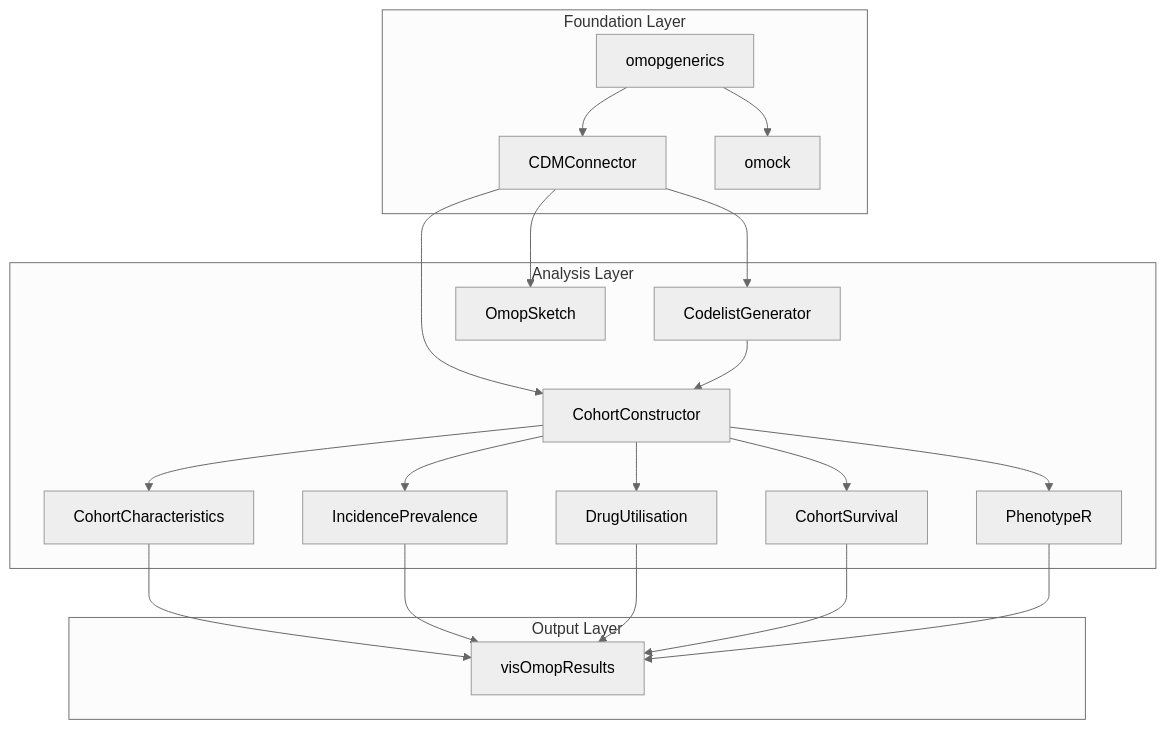
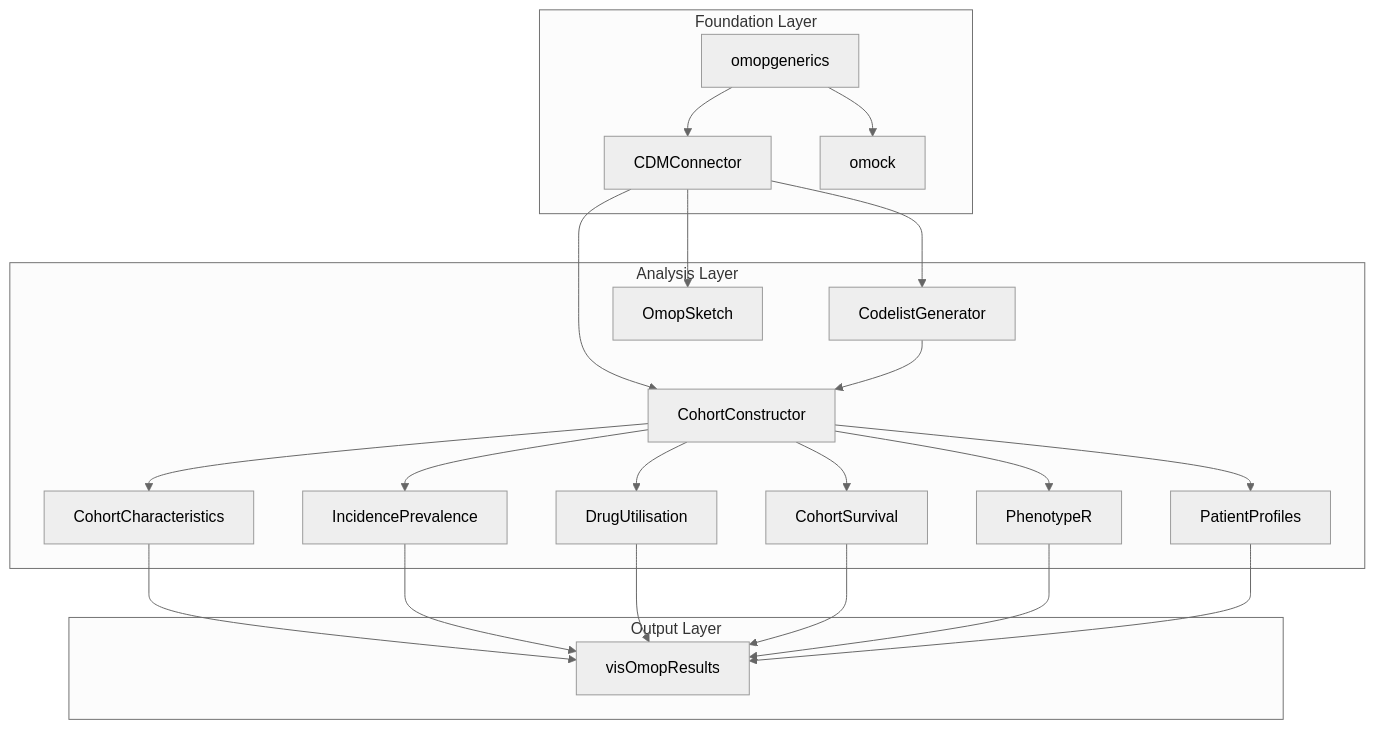
The diagram in docs/data_analysis/package_reference/index.md (iomedhealth/OMOPAnalyticsGuide), drawn with Mermaid (neutral theme) before and after one commit. The commit also changed other lines of this file and 2 other files, not shown here.

Commit message:
Add PatientProfiles

````diff
--- a/docs/data_analysis/package_reference/index.md
+++ b/docs/data_analysis/package_reference/index.md
@@ -36,27 +37,29 @@
 ```mermaid
 graph TB
     subgraph "Foundation Layer"
         A["omopgenerics"] --> B["CDMConnector"]
         A --> C["omock"]
     end
 
     subgraph "Analysis Layer"
         B --> D["CodelistGenerator"]
         B --> E["CohortConstructor"]
         B --> F["OmopSketch"]
         D --> E
         E --> G["CohortCharacteristics"]
         E --> H["IncidencePrevalence"]
         E --> I["DrugUtilisation"]
         E --> J["CohortSurvival"]
         E --> K["PhenotypeR"]
+        E --> M["PatientProfiles"]
     end
 
     subgraph "Output Layer"
         G --> L["visOmopResults"]
         H --> L
         I --> L
         J --> L
         K --> L
+        M --> L
     end
 ```
````
